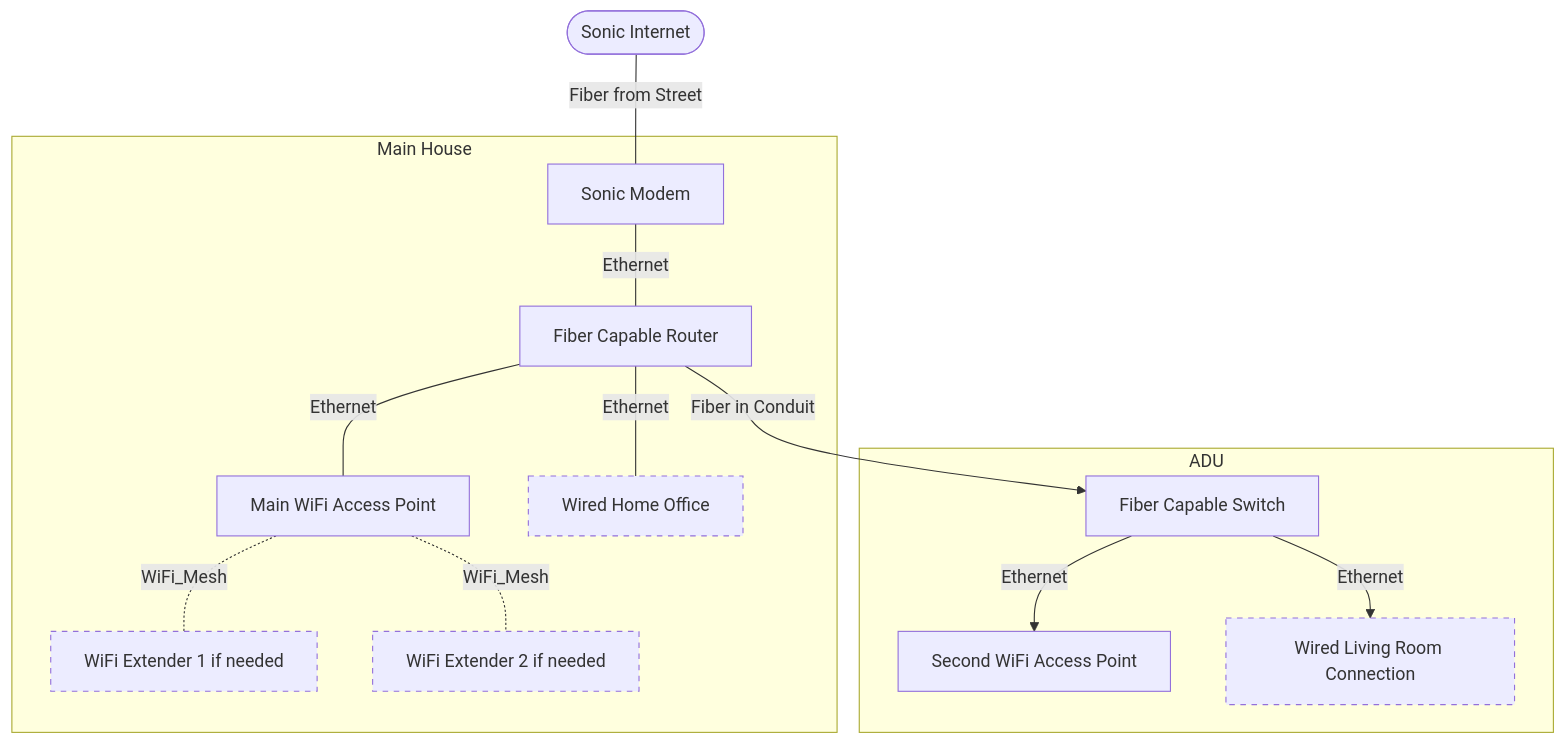
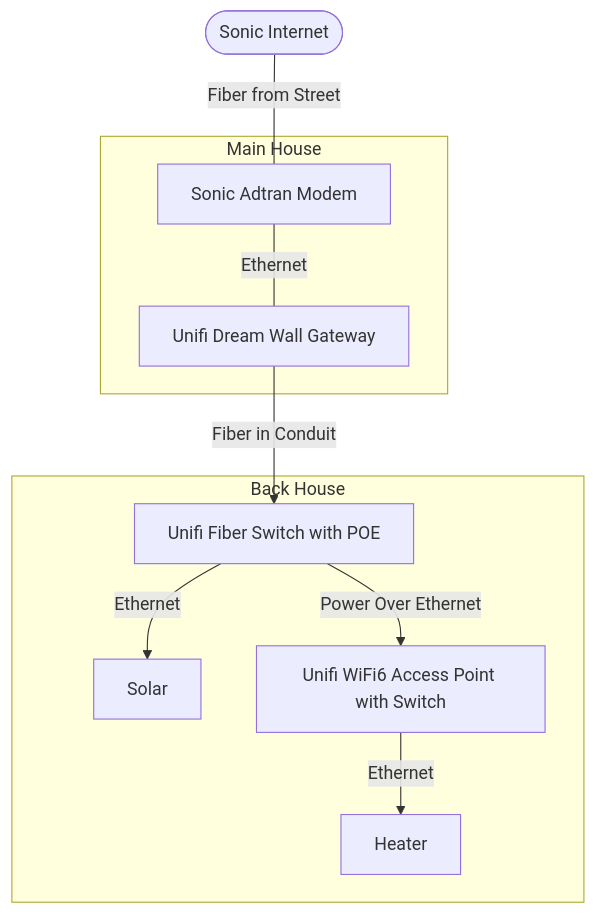
Before and after one commit to kylelundstedt/images: the diagram in Network.md, drawn with Mermaid.

````diff
--- a/Network.md
+++ b/Network.md
@@ -1,17 +1,14 @@
 ```mermaid
 graph TB;
     classDef optional stroke-dasharray: 5 5;
-    ISP([Sonic Internet]) -- Fiber from Street --- Adtran-411-ONT[Sonic Modem];
+    ISP([Sonic Internet]) -- Fiber from Street --- ONT[Sonic Adtran Modem];
     subgraph Main House
-        Adtran-411-ONT -- Ethernet --- UDM-SE[Fiber Capable Router];
-        UDM-SE -- Ethernet --- U6Lite1[Main WiFi Access Point];
-        UDM-SE -- Ethernet --- HomeOffice[Wired Home Office]:::optional;
-        U6Lite1 -. WiFi_Mesh .- U6Ext1[WiFi Extender 1 if needed]:::optional;
-        U6Lite1 -. WiFi_Mesh .- U6Ext2[WiFi Extender 2 if needed]:::optional;
+        ONT -- Ethernet --- UDW[Unifi Dream Wall Gateway];
     end
-    subgraph ADU
-        UDM-SE -- Fiber in Conduit --> USW-Switch[Fiber Capable Switch];
-        USW-Switch -- Ethernet --> U6Lite2[Second WiFi Access Point];
-        USW-Switch -- Ethernet --> LivingRoom[Wired Living Room Connection]:::optional;
+    subgraph Back House
+        UDW -- Fiber in Conduit --> USWE8[Unifi Fiber Switch with POE];
+        USWE8 -- Ethernet --> Solar;
+        USWE8 -- Power Over Ethernet --> U6EIW[Unifi WiFi6 Access Point with Switch];
+        U6EIW -- Ethernet --> Heater;
     end
 ```
````
